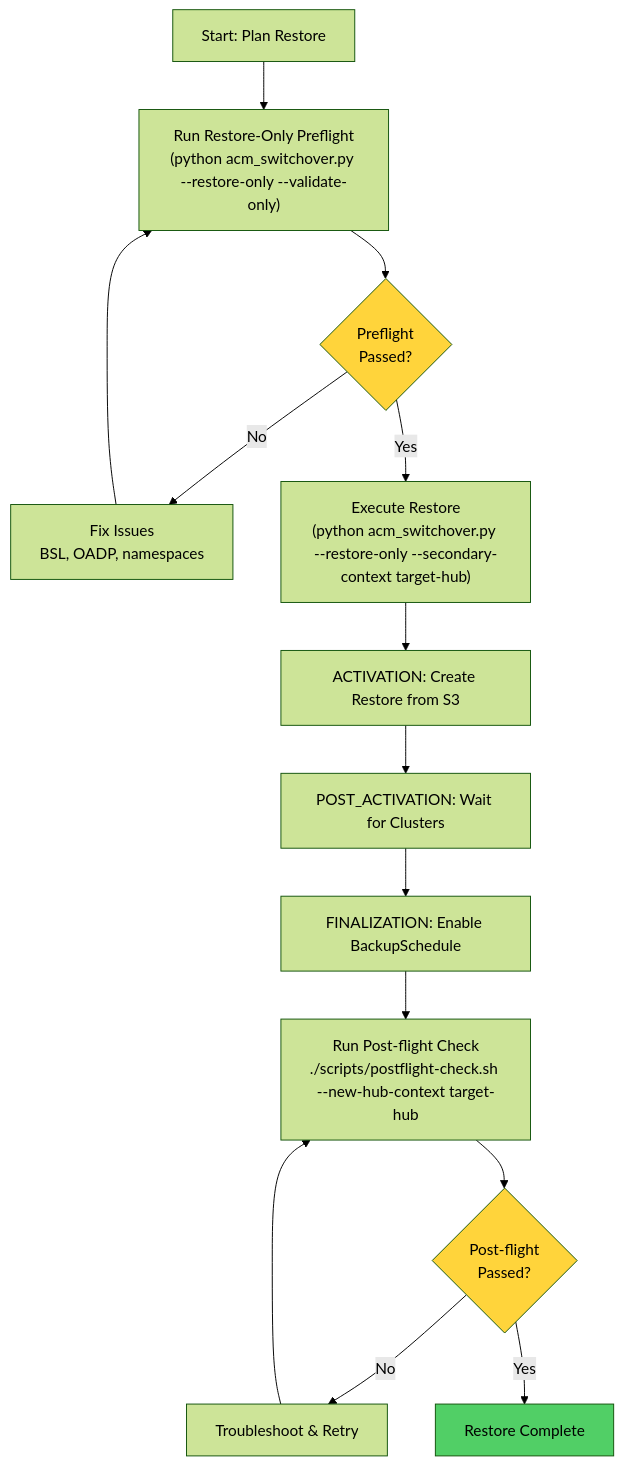
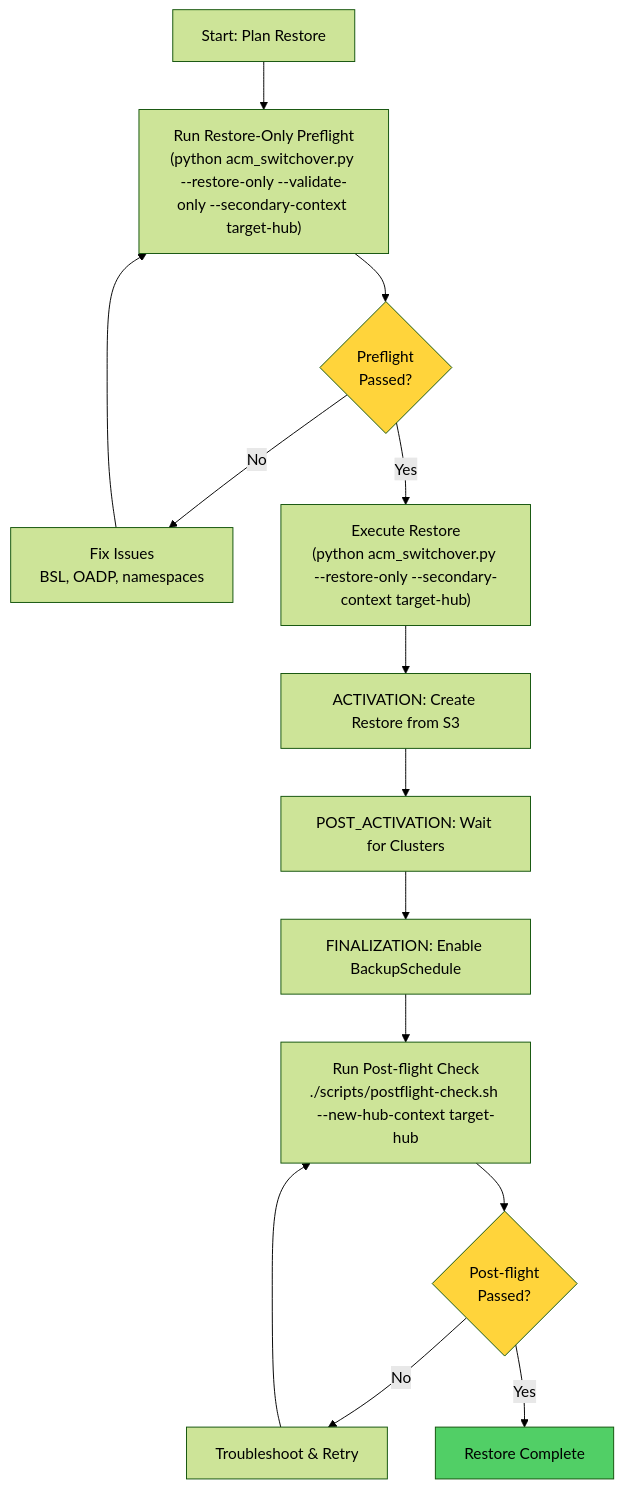
The seventh of 7 diagrams in scripts/README.md (tomazb/rh-acm-switchover), drawn with Mermaid (forest theme) before and after one commit. The commit also changed 4 other files, not shown here.

Commit message:
Fix restore-only rerun behavior and align restore-only docs

````diff
--- a/scripts/README.md
+++ b/scripts/README.md
@@ -986,20 +986,20 @@
 ```mermaid
 graph TD
-    A[Start: Plan Restore] --> B["Run Restore-Only Preflight<br/>(python acm_switchover.py --restore-only --validate-only)"]
+    A[Start: Plan Restore] --> B["Run Restore-Only Preflight<br/>(python acm_switchover.py --restore-only --validate-only --secondary-context target-hub)"]
     B --> C{Preflight<br/>Passed?}
     C -->|No| D[Fix Issues<br/>BSL, OADP, namespaces]
     D --> B
     C -->|Yes| E["Execute Restore<br/>(python acm_switchover.py --restore-only --secondary-context target-hub)"]
     E --> F[ACTIVATION: Create Restore from S3]
     F --> G[POST_ACTIVATION: Wait for Clusters]
     G --> H[FINALIZATION: Enable BackupSchedule]
     H --> I[Run Post-flight Check<br/>./scripts/postflight-check.sh --new-hub-context target-hub]
     I --> J{Post-flight<br/>Passed?}
     J -->|No| K[Troubleshoot & Retry]
     K --> I
     J -->|Yes| L[Restore Complete]
 
     style C fill:#ffd43b
     style J fill:#ffd43b
     style L fill:#51cf66
 ```
````
